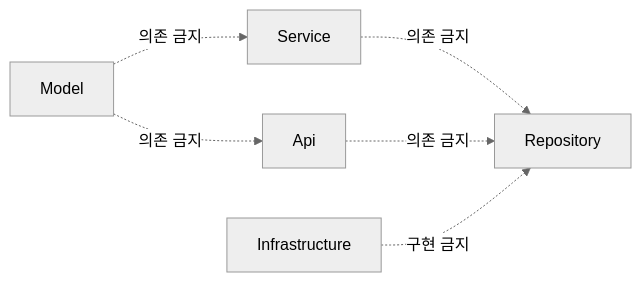
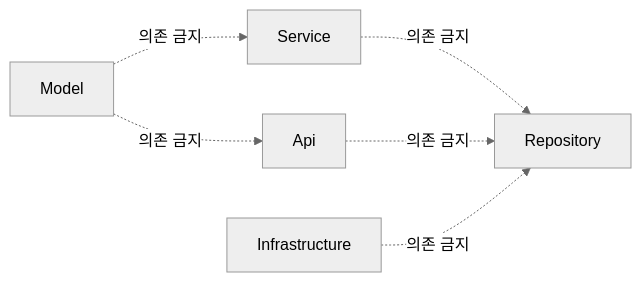
The second of 2 diagrams in docs/rule/dependencies.md (YeaChan05/remittance), drawn with Mermaid (neutral theme) before and after one commit. The commit also changed other lines of this file, not shown here.

Commit message:
refactor(docs): 의존성 규칙 다이어그램 수정 및 예외 추가

````diff
--- a/docs/rule/dependencies.md
+++ b/docs/rule/dependencies.md
@@ -223,8 +223,8 @@
 ```mermaid
 graph LR
     Model -.->|의존 금지| Service
     Model -.->|의존 금지| Api
     Service -.->|의존 금지| Repository
     Api -.->|의존 금지| Repository
-    Infrastructure -.->|구현 금지| Repository
+    Infrastructure -.->|의존 금지| Repository
 ```
````
